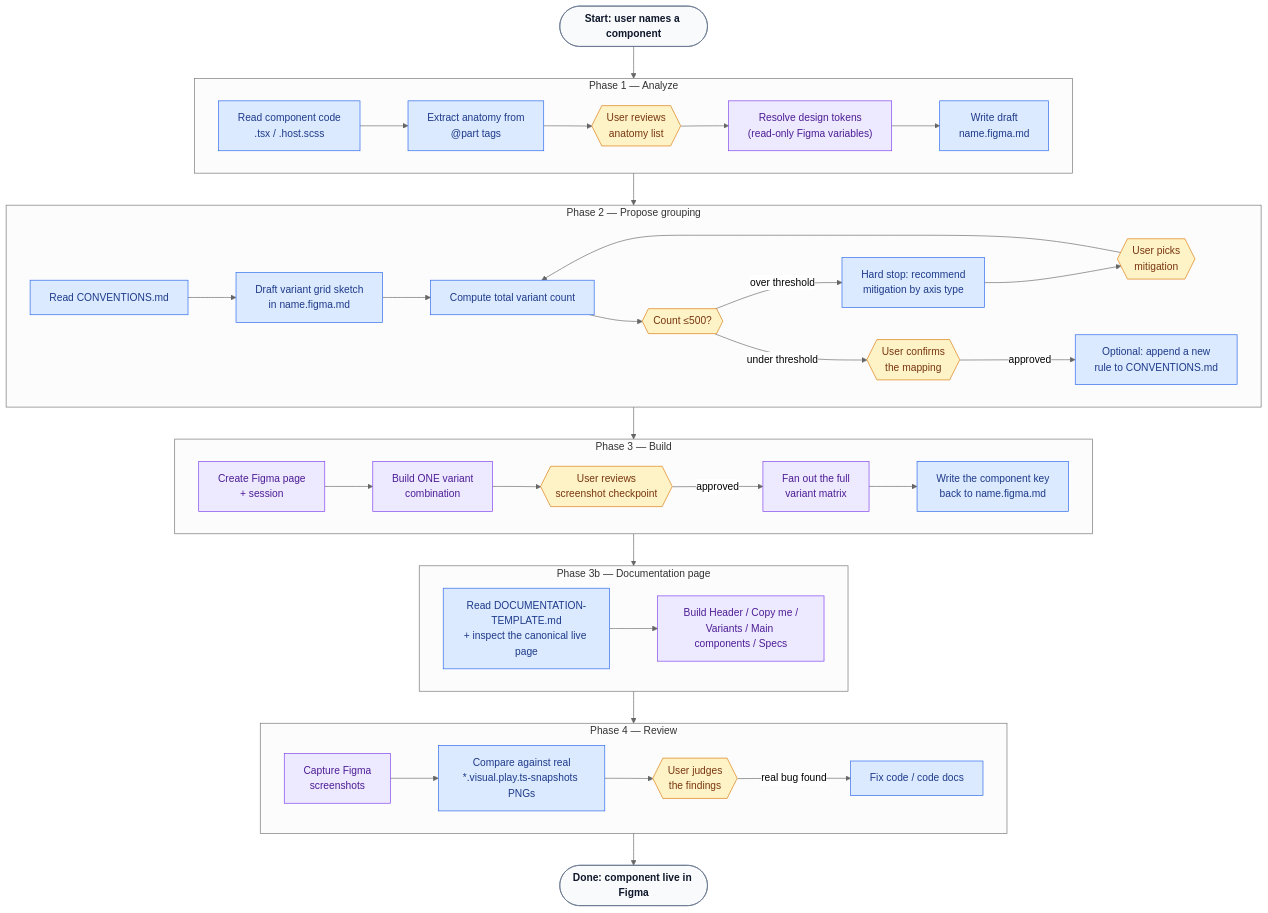
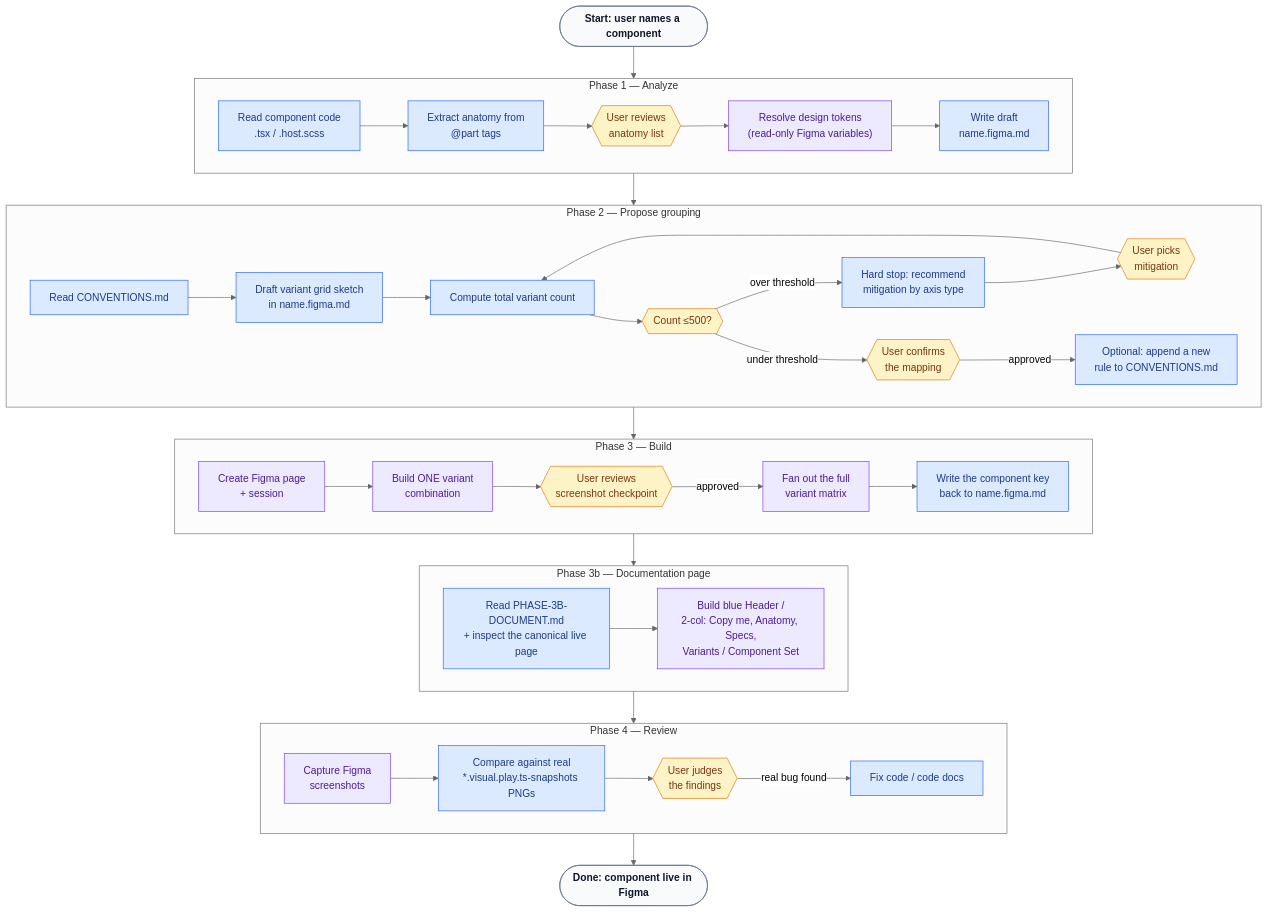
One commit to helvetia-design/system changed the diagram in .claude/skills/ds-figma-component/SKILL.md. Above: the diagram before and after it, drawn with Mermaid (neutral theme). The commit also changed other lines of this file and 8 other files, not shown here.

````diff
--- a/.claude/skills/ds-figma-component/SKILL.md
+++ b/.claude/skills/ds-figma-component/SKILL.md
@@ -25,59 +25,59 @@
 ```mermaid
 flowchart TD
     classDef code fill:#dbeafe,stroke:#2563eb,color:#1e3a8a
     classDef figma fill:#ede9fe,stroke:#7c3aed,color:#4c1d95
     classDef human fill:#fef3c7,stroke:#d97706,color:#78350f
     classDef phase fill:#f8fafc,stroke:#64748b,color:#0f172a,font-weight:bold
 
     Start(["Start: user names a component"]):::phase --> P1G
 
     subgraph P1G["Phase 1 — Analyze"]
         direction LR
         P1a["Read component code<br/>.tsx / .host.scss"]:::code --> P1anat["Extract anatomy from<br/>@part tags"]:::code
         P1anat --> P1anatC{{"User reviews<br/>anatomy list"}}:::human
         P1anatC --> P1b["Resolve design tokens<br/>(read-only Figma variables)"]:::figma
         P1b --> P1c["Write draft<br/>name.figma.md"]:::code
     end
 
     P1G --> P2G
 
     subgraph P2G["Phase 2 — Propose grouping"]
         direction LR
         P2a["Read CONVENTIONS.md"]:::code --> P2b["Draft variant grid sketch<br/>in name.figma.md"]:::code
         P2b --> P2v["Compute total variant count"]:::code
         P2v --> P2check{{"Count ≤500?"}}:::human
         P2check -->|over threshold| P2w["Hard stop: recommend<br/>mitigation by axis type"]:::code
         P2w --> P2x{{"User picks<br/>mitigation"}}:::human
         P2x --> P2v
         P2check -->|under threshold| P2c{{"User confirms<br/>the mapping"}}:::human
         P2c -->|approved| P2d["Optional: append a new<br/>rule to CONVENTIONS.md"]:::code
     end
 
     P2G --> P3G
 
     subgraph P3G["Phase 3 — Build"]
         direction LR
         P3a["Create Figma page<br/>+ session"]:::figma --> P3b["Build ONE variant<br/>combination"]:::figma
         P3b --> P3c{{"User reviews<br/>screenshot checkpoint"}}:::human
         P3c -->|approved| P3d["Fan out the full<br/>variant matrix"]:::figma
         P3d --> P3e["Write the component key<br/>back to name.figma.md"]:::code
     end
 
     P3G --> P3bG
 
     subgraph P3bG["Phase 3b — Documentation page"]
         direction LR
-        P3ba["Read DOCUMENTATION-TEMPLATE.md<br/>+ inspect the canonical live page"]:::code --> P3bb["Build Header / Copy me /<br/>Variants / Main components / Specs"]:::figma
+        P3ba["Read PHASE-3B-DOCUMENT.md<br/>+ inspect the canonical live page"]:::code --> P3bb["Build blue Header /<br/>2-col: Copy me, Anatomy, Specs,<br/>Variants / Component Set"]:::figma
     end
 
     P3bG --> P4G
 
     subgraph P4G["Phase 4 — Review"]
         direction LR
         P4a["Capture Figma<br/>screenshots"]:::figma --> P4b["Compare against real<br/>*.visual.play.ts-snapshots PNGs"]:::code
         P4b --> P4c{{"User judges<br/>the findings"}}:::human
         P4c -->|real bug found| P4d["Fix code / code docs"]:::code
     end
 
     P4G --> Done(["Done: component live in Figma"]):::phase
 ```
````
